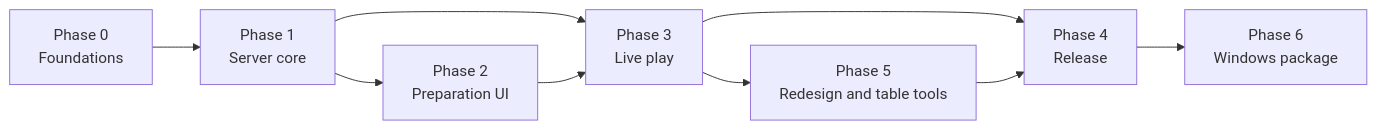
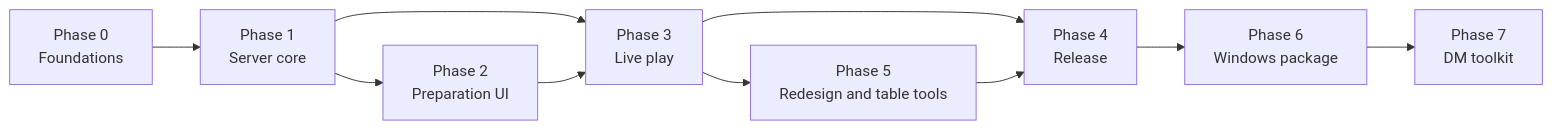
The diagram in specs/13-implementation-plan.md (giorgosroussos/dnd-vtt), drawn with Mermaid before and after one commit. The commit also changed other lines of this file and 18 other files, not shown here.

````diff
--- a/specs/13-implementation-plan.md
+++ b/specs/13-implementation-plan.md
@@ -11,11 +11,12 @@
 ```mermaid
 flowchart LR
   P0["Phase 0<br/>Foundations"] --> P1["Phase 1<br/>Server core"]
   P1 --> P2["Phase 2<br/>Preparation UI"]
   P1 --> P3["Phase 3<br/>Live play"]
   P2 --> P3
   P3 --> P4["Phase 4<br/>Release"]
   P3 --> P5["Phase 5<br/>Redesign and table tools"]
   P5 --> P4
   P4 --> P6["Phase 6<br/>Windows package"]
+  P6 --> P7["Phase 7<br/>DM toolkit"]
 ```
````
